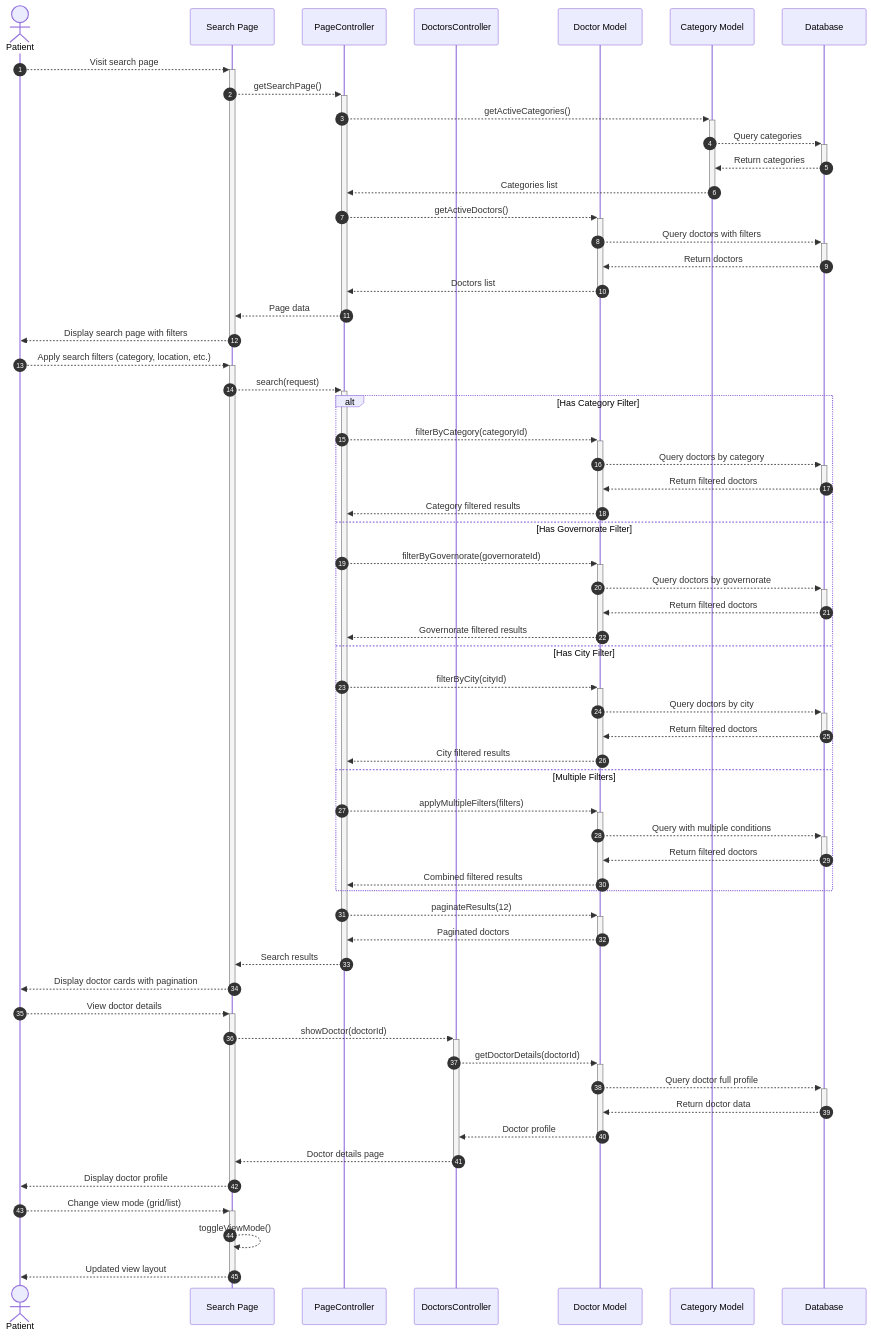
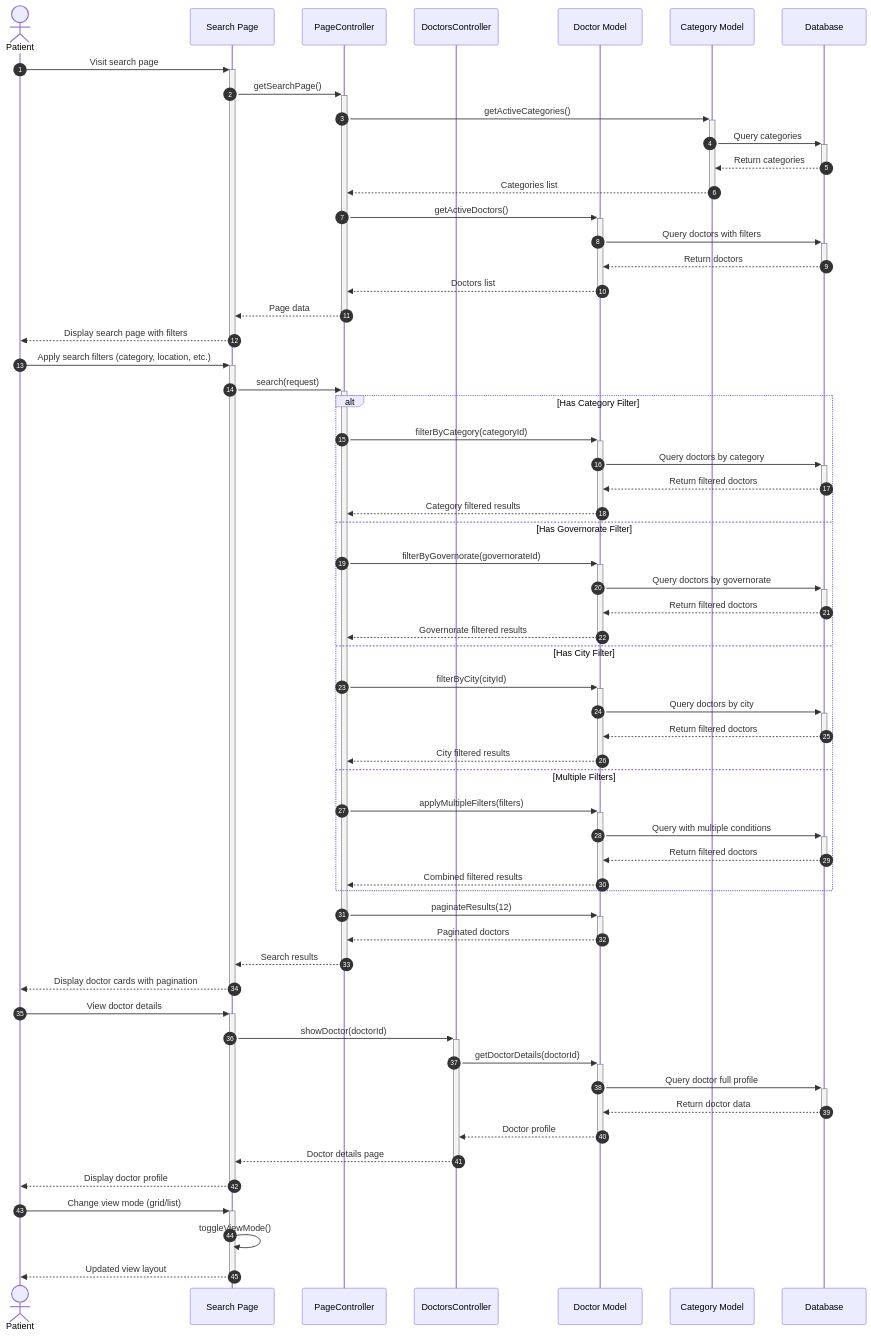
Before and after one commit to Ahmed-Makled/clinic: the diagram in diagrams/patient_search_doctors_sequence_diagram.md, drawn with Mermaid. The commit also changed other lines of this file and 21 other files, not shown here.

First line of the commit message:
Refactor sequence diagrams for clarity and consistency

````diff
--- a/diagrams/patient_search_doctors_sequence_diagram.md
+++ b/diagrams/patient_search_doctors_sequence_diagram.md
@@ -5,68 +5,68 @@
 ```mermaid
 sequenceDiagram
     autonumber
     actor Patient
     participant SearchPage as Search Page
     participant PageController
     participant DoctorsController  
     participant Doctor as Doctor Model
     participant Category as Category Model
     participant Database
     
-    Patient-->>+SearchPage: Visit search page
-    SearchPage-->>+PageController: getSearchPage()
-    PageController-->>+Category: getActiveCategories()
-    Category-->>+Database: Query categories
+    Patient->>+SearchPage: Visit search page
+    SearchPage->>+PageController: getSearchPage()
+    PageController->>+Category: getActiveCategories()
+    Category->>+Database: Query categories
     Database-->>-Category: Return categories
     Category-->>-PageController: Categories list
-    PageController-->>+Doctor: getActiveDoctors()
-    Doctor-->>+Database: Query doctors with filters
+    PageController->>+Doctor: getActiveDoctors()
+    Doctor->>+Database: Query doctors with filters
     Database-->>-Doctor: Return doctors
     Doctor-->>-PageController: Doctors list
     PageController-->>-SearchPage: Page data
     SearchPage-->>-Patient: Display search page with filters
     
-    Patient-->>+SearchPage: Apply search filters (category, location, etc.)
-    SearchPage-->>+PageController: search(request)
+    Patient->>+SearchPage: Apply search filters (category, location, etc.)
+    SearchPage->>+PageController: search(request)
     
     alt Has Category Filter
-        PageController-->>+Doctor: filterByCategory(categoryId)
-        Doctor-->>+Database: Query doctors by category
+        PageController->>+Doctor: filterByCategory(categoryId)
+        Doctor->>+Database: Query doctors by category
         Database-->>-Doctor: Return filtered doctors
         Doctor-->>-PageController: Category filtered results
     else Has Governorate Filter
-        PageController-->>+Doctor: filterByGovernorate(governorateId)
-        Doctor-->>+Database: Query doctors by governorate
+        PageController->>+Doctor: filterByGovernorate(governorateId)
+        Doctor->>+Database: Query doctors by governorate
         Database-->>-Doctor: Return filtered doctors
         Doctor-->>-PageController: Governorate filtered results
     else Has City Filter
-        PageController-->>+Doctor: filterByCity(cityId)
-        Doctor-->>+Database: Query doctors by city
+        PageController->>+Doctor: filterByCity(cityId)
+        Doctor->>+Database: Query doctors by city
         Database-->>-Doctor: Return filtered doctors
         Doctor-->>-PageController: City filtered results
     else Multiple Filters
-        PageController-->>+Doctor: applyMultipleFilters(filters)
-        Doctor-->>+Database: Query with multiple conditions
+        PageController->>+Doctor: applyMultipleFilters(filters)
+        Doctor->>+Database: Query with multiple conditions
         Database-->>-Doctor: Return filtered doctors
         Doctor-->>-PageController: Combined filtered results
     end
     
-    PageController-->>+Doctor: paginateResults(12)
+    PageController->>+Doctor: paginateResults(12)
     Doctor-->>-PageController: Paginated doctors
     PageController-->>-SearchPage: Search results
     SearchPage-->>-Patient: Display doctor cards with pagination
     
-    Patient-->>+SearchPage: View doctor details
-    SearchPage-->>+DoctorsController: showDoctor(doctorId)
-    DoctorsController-->>+Doctor: getDoctorDetails(doctorId)
-    Doctor-->>+Database: Query doctor full profile
+    Patient->>+SearchPage: View doctor details
+    SearchPage->>+DoctorsController: showDoctor(doctorId)
+    DoctorsController->>+Doctor: getDoctorDetails(doctorId)
+    Doctor->>+Database: Query doctor full profile
     Database-->>-Doctor: Return doctor data
     Doctor-->>-DoctorsController: Doctor profile
     DoctorsController-->>-SearchPage: Doctor details page
     SearchPage-->>-Patient: Display doctor profile
     
-    Patient-->>+SearchPage: Change view mode (grid/list)
-    SearchPage-->>SearchPage: toggleViewMode()
+    Patient->>+SearchPage: Change view mode (grid/list)
+    SearchPage->>SearchPage: toggleViewMode()
     SearchPage-->>-Patient: Updated view layout
     
 ```
````
